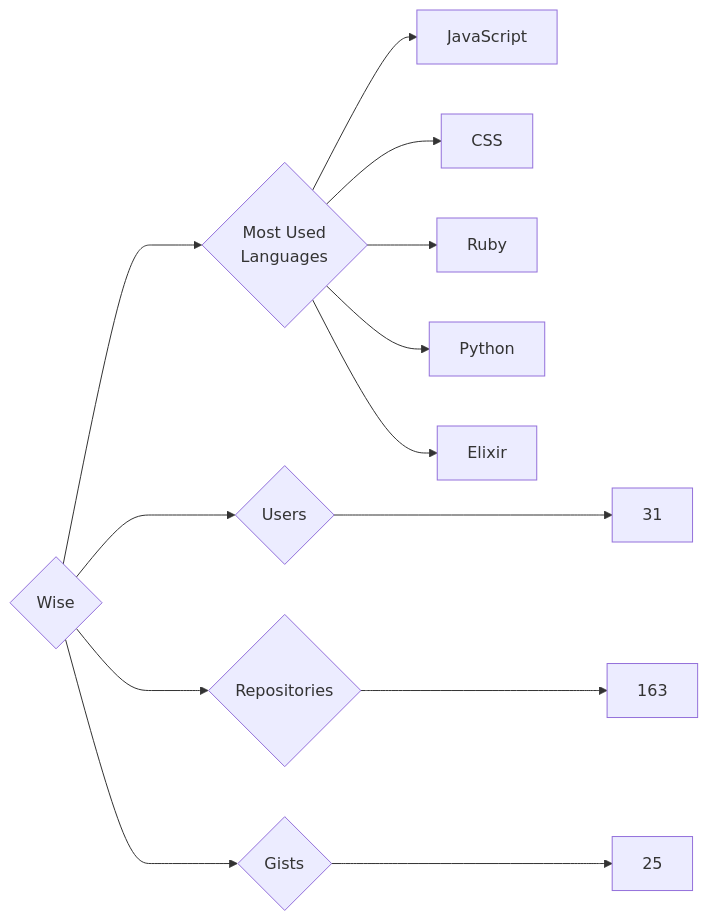
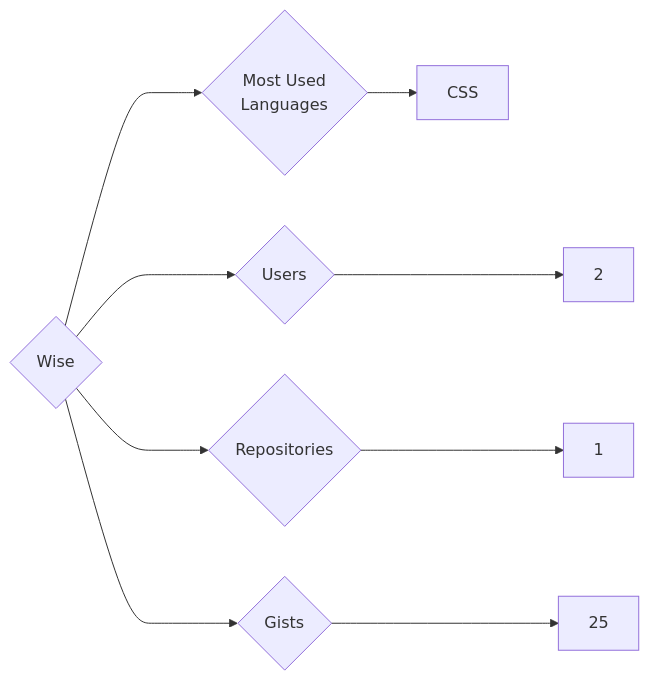
One commit to trickest/insiders changed the diagram in targets/Wise/README.md. Above: the diagram before and after it, drawn with Mermaid. The commit also changed 953 other files, not shown here.

````diff
--- a/targets/Wise/README.md
+++ b/targets/Wise/README.md
@@ -3,13 +3,9 @@
 ```mermaid
 graph LR
 COMPANY_NAME{Wise}
-COMPANY_NAME ---> U{Users} ---> UN[31]
-COMPANY_NAME ---> R{Repositories} ---> RN[163]
+COMPANY_NAME ---> U{Users} ---> UN[2]
+COMPANY_NAME ---> R{Repositories} ---> RN[1]
 COMPANY_NAME ---> G{Gists} ---> GN[25]
 COMPANY_NAME ---> ML{Most Used<br>Languages}
-ML --> JavaScript[JavaScript]
 ML --> CSS[CSS]
-ML --> Ruby[Ruby]
-ML --> Python[Python]
-ML --> Elixir[Elixir]
 ```
````
